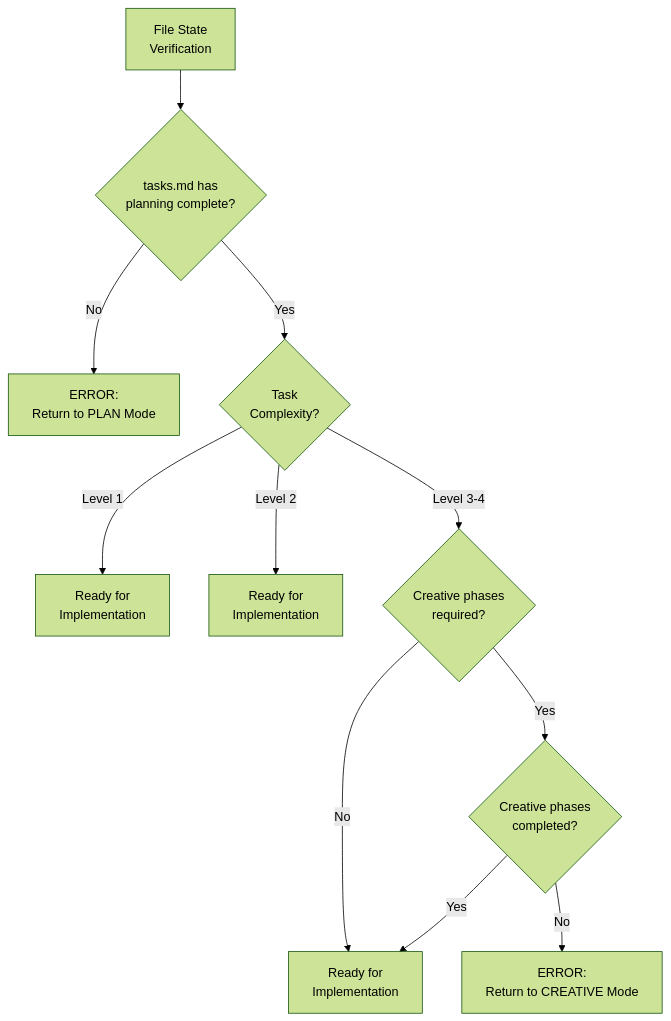
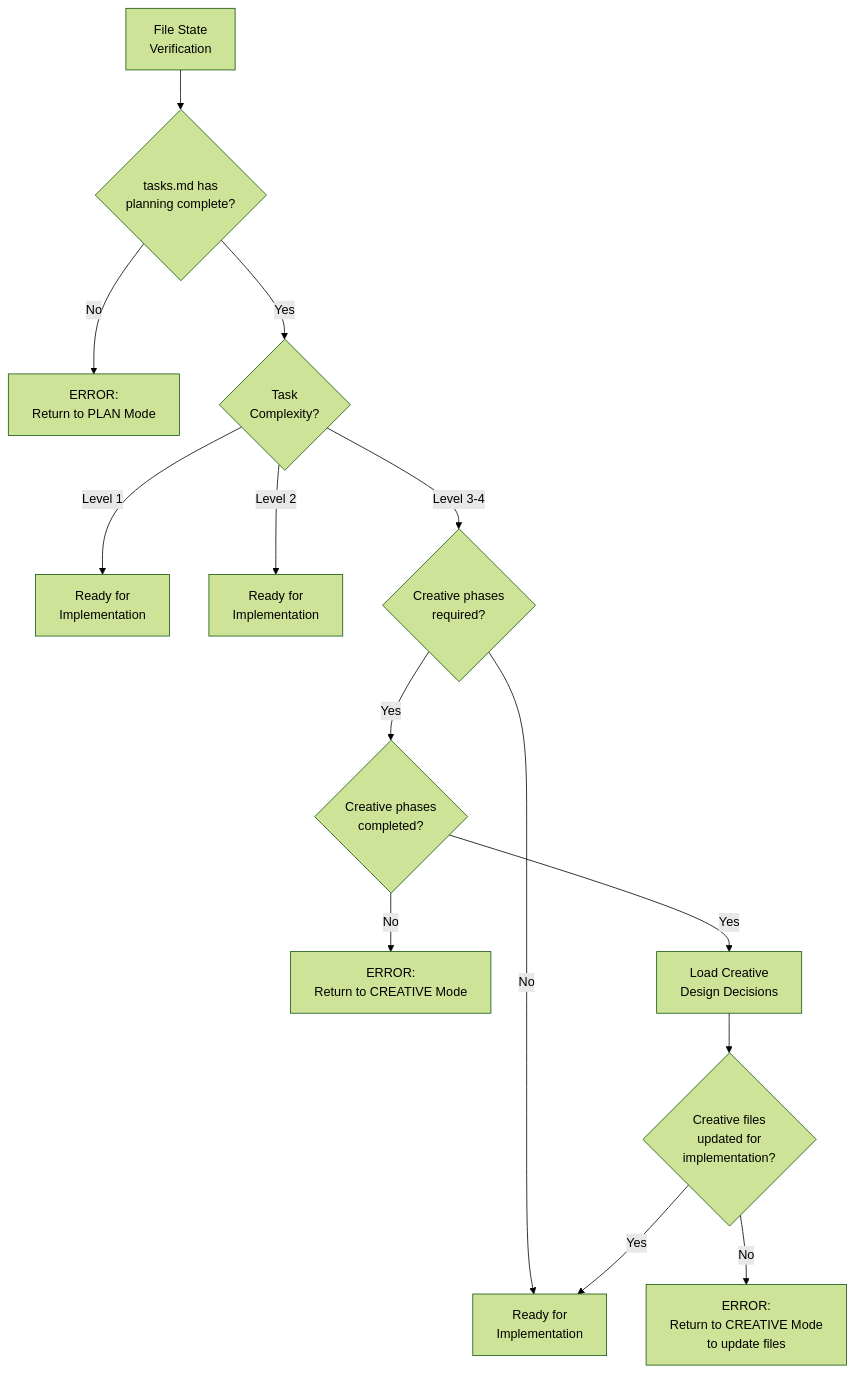
The second of 5 diagrams in .cursor/rules/isolation_rules/visual-maps/implement-mode-map.mdc (bhurn02/rms-invoicing), drawn with Mermaid (forest theme) before and after one commit. The commit also changed other lines of this file and 14 other files, not shown here.

````diff
--- a/.cursor/rules/isolation_rules/visual-maps/implement-mode-map.mdc
+++ b/.cursor/rules/isolation_rules/visual-maps/implement-mode-map.mdc
@@ -72,19 +77,23 @@
 ```mermaid
 graph TD
     Start["File State<br>Verification"] --> CheckTasks{"tasks.md has<br>planning complete?"}
     
     CheckTasks -->|"No"| ErrorPlan["ERROR:<br>Return to PLAN Mode"]
     CheckTasks -->|"Yes"| CheckLevel{"Task<br>Complexity?"}
     
     CheckLevel -->|"Level 1"| L1Ready["Ready for<br>Implementation"]
     
     CheckLevel -->|"Level 2"| L2Ready["Ready for<br>Implementation"]
     
     CheckLevel -->|"Level 3-4"| CheckCreative{"Creative phases<br>required?"}
     
     CheckCreative -->|"No"| L34Ready["Ready for<br>Implementation"]
     CheckCreative -->|"Yes"| VerifyCreative{"Creative phases<br>completed?"}
     
     VerifyCreative -->|"No"| ErrorCreative["ERROR:<br>Return to CREATIVE Mode"]
-    VerifyCreative -->|"Yes"| L34Ready
+    VerifyCreative -->|"Yes"| LoadCreativeFiles["Load Creative<br>Design Decisions"]
+    
+    LoadCreativeFiles --> VerifyCreativeFiles{"Creative files<br>updated for<br>implementation?"}
+    VerifyCreativeFiles -->|"No"| ErrorCreativeFiles["ERROR:<br>Return to CREATIVE Mode<br>to update files"]
+    VerifyCreativeFiles -->|"Yes"| L34Ready
 ```
````
